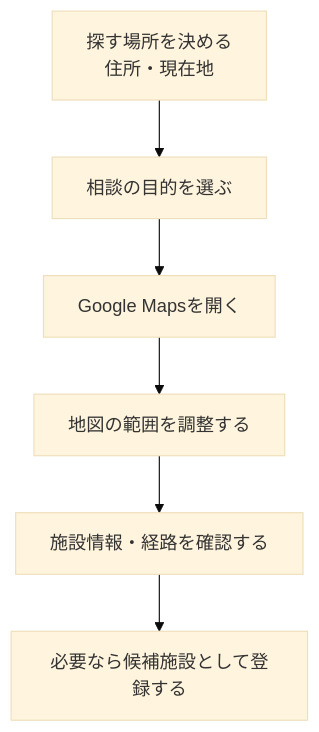
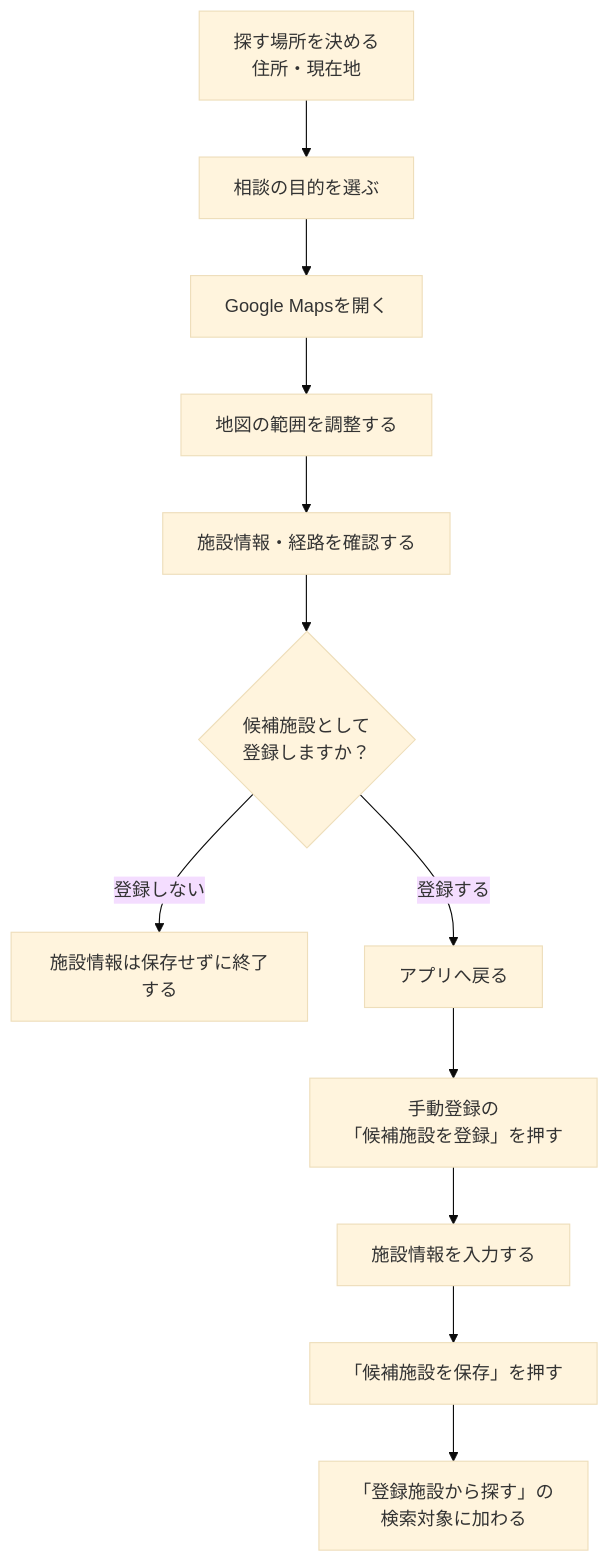
The second of 3 diagrams in README.md (kazunyon/kasisougu), drawn with Mermaid (base theme) before and after one commit. The commit also changed other lines of this file, not shown here.

Commit message:
Clarify Google Maps facility registration flow

````diff
--- a/README.md
+++ b/README.md
@@ -123,8 +123,14 @@
 ```mermaid
 flowchart TD
     A["探す場所を決める<br/>住所・現在地"] --> B["相談の目的を選ぶ"]
     B --> C["Google Mapsを開く"]
     C --> D["地図の範囲を調整する"]
     D --> E["施設情報・経路を確認する"]
-    E --> F["必要なら候補施設として登録する"]
+    E --> F{"候補施設として<br/>登録しますか？"}
+    F -- "登録しない" --> G["施設情報は保存せずに終了する"]
+    F -- "登録する" --> H["アプリへ戻る"]
+    H --> I["手動登録の<br/>「候補施設を登録」を押す"]
+    I --> J["施設情報を入力する"]
+    J --> K["「候補施設を保存」を押す"]
+    K --> L["「登録施設から探す」の<br/>検索対象に加わる"]
 ```
````
